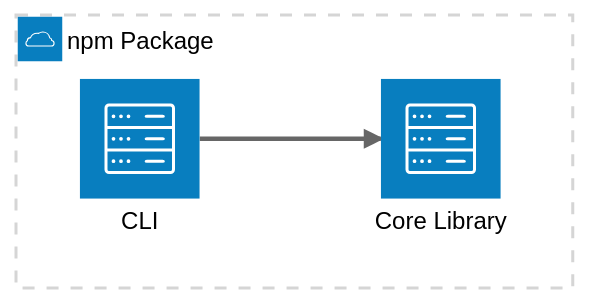
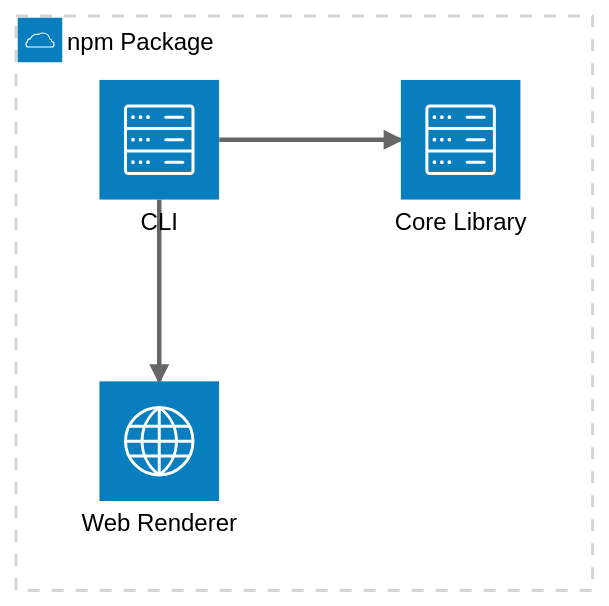
One commit to docToolchain/arc42-language changed the second of 2 diagrams in docs/arc42/07-deployment-view.arc42.md. Above: the diagram before and after it, drawn with Mermaid (neutral theme). The commit also changed other lines of this file and 22 other files, not shown here.

First line of the commit message:
docs: rewrite bookstore example, update project arc42 docs for web renderer

````diff
--- a/docs/arc42/07-deployment-view.arc42.md
+++ b/docs/arc42/07-deployment-view.arc42.md
@@ -55,7 +56,9 @@
 ```mermaid
 architecture-beta
     group node-npm-package(cloud)[npm Package]
     service bb-cli(server)[CLI] in node-npm-package
     service bb-core(server)[Core Library] in node-npm-package
+    service bb-web-renderer(internet)[Web Renderer] in node-npm-package
     bb-cli:R --> L:bb-core
+    bb-cli:B --> T:bb-web-renderer
 ```
````
